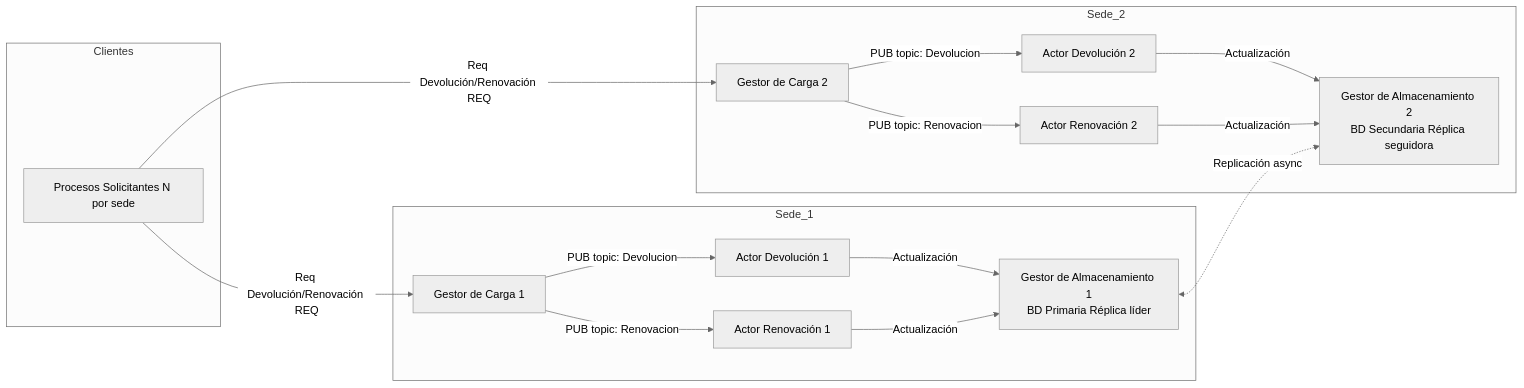
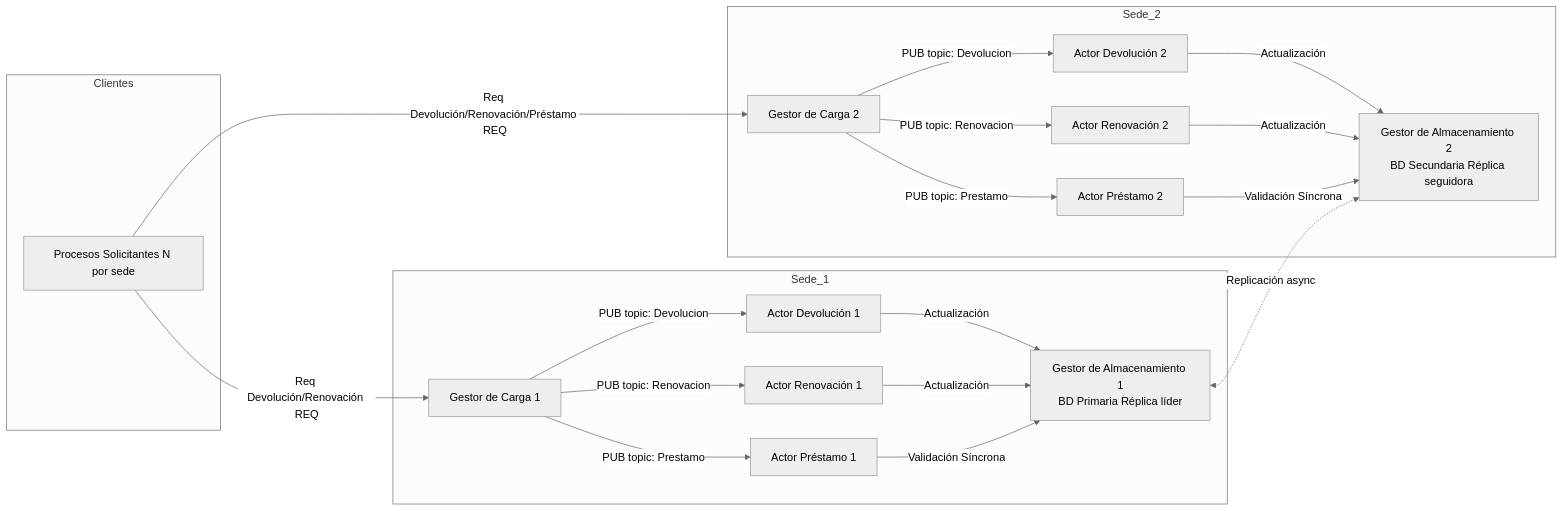
Before and after one commit to mariana-osoriov827/Sistemas-distribuidos: the first of 9 diagrams in Proyecto/readme.md, drawn with Mermaid (neutral theme). The commit also changed other lines of this file and 40 other files, not shown here.

````diff
--- a/Proyecto/readme.md
+++ b/Proyecto/readme.md
@@ -21,70 +43,82 @@
 ```mermaid
 graph LR 
 
 subgraph Sede_1 
 
 GC1[Gestor de Carga 1] 
 
 A1D[Actor Devolución 1] 
 
-A1R[Actor Renovación 1] 
+A1R[Actor Renovación 1]
+
+A1P[Actor Préstamo 1] 
 
 GA1[Gestor de Almacenamiento 1<br/>BD Primaria Réplica líder] 
 
 end 
 
  
 
 subgraph Sede_2 
 
 GC2[Gestor de Carga 2] 
 
 A2D[Actor Devolución 2] 
 
-A2R[Actor Renovación 2] 
+A2R[Actor Renovación 2]
+
+A2P[Actor Préstamo 2] 
 
 GA2[Gestor de Almacenamiento 2<br/>BD Secundaria Réplica seguidora] 
 
 end 
 
  
 
 subgraph Clientes 
 
 PSs[Procesos Solicitantes N por sede] 
 
 end 
 
  
 
 %% Enlaces 
 
 PSs -- Req Devolución/Renovación REQ --> GC1 
 
-PSs -- Req Devolución/Renovación REQ --> GC2 
+PSs -- Req Devolución/Renovación/Préstamo REQ --> GC2 
 
  
 
 GC1 -- PUB topic: Devolucion --> A1D 
 
-GC1 -- PUB topic: Renovacion --> A1R 
+GC1 -- PUB topic: Renovacion --> A1R
+
+GC1 -- PUB topic: Prestamo --> A1P 
 
 GC2 -- PUB topic: Devolucion --> A2D 
 
-GC2 -- PUB topic: Renovacion --> A2R 
+GC2 -- PUB topic: Renovacion --> A2R
+
+GC2 -- PUB topic: Prestamo --> A2P 
 
  
 
 A1D -- Actualización --> GA1 
 
-A1R -- Actualización --> GA1 
+A1R -- Actualización --> GA1
+
+A1P -- Validación Síncrona --> GA1 
 
 A2D -- Actualización --> GA2 
 
-A2R -- Actualización --> GA2 
+A2R -- Actualización --> GA2
+
+A2P -- Validación Síncrona --> GA2 
 
  
 
 GA1 <-. Replicación async .-> GA2
 
 ```
````
